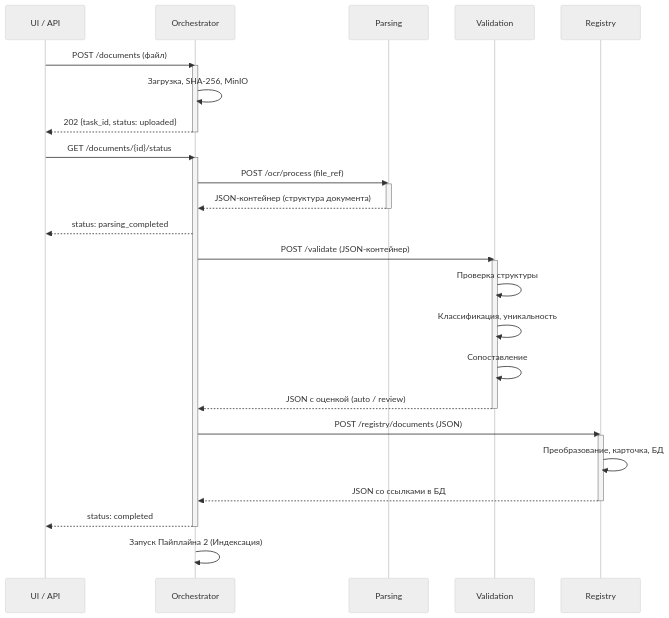
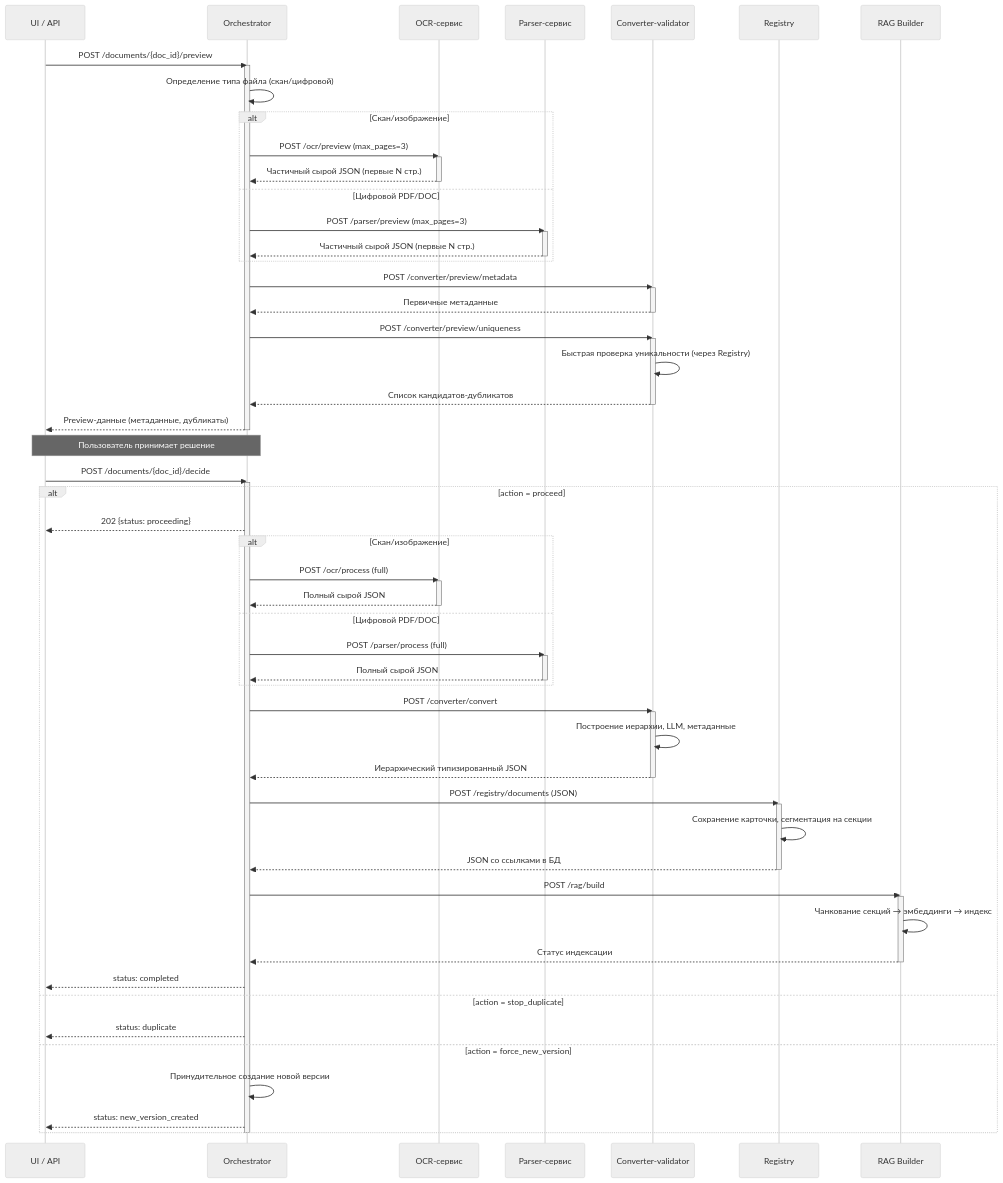
One commit to MasterKSAF/PKB changed the first of 3 diagrams in docs/pipelines/pipeline1-formation.md. Above: the diagram before and after it, drawn with Mermaid (neutral theme). The commit also changed other lines of this file and 23 other files, not shown here.

````diff
--- a/docs/pipelines/pipeline1-formation.md
+++ b/docs/pipelines/pipeline1-formation.md
@@ -6,44 +7,83 @@
 sequenceDiagram
     participant UI as UI / API
     participant Orch as Orchestrator
-    participant Pars as Parsing
-    participant Val as Validation
+    participant OCR as OCR-сервис
+    participant Pars as Parser-сервис
+    participant Conv as Converter-validator
     participant Reg as Registry
+    participant RAGb as RAG Builder
 
-    UI->>Orch: POST /documents (файл)
+    %% Фаза Preview
+    UI->>Orch: POST /documents/{doc_id}/preview
     activate Orch
-    Orch->>Orch: Загрузка, SHA-256, MinIO
-    Orch-->>UI: 202 {task_id, status: uploaded}
+    Orch->>Orch: Определение типа файла (скан/цифровой)
+    alt Скан/изображение
+        Orch->>OCR: POST /ocr/preview (max_pages=3)
+        activate OCR
+        OCR-->>Orch: Частичный сырой JSON (первые N стр.)
+        deactivate OCR
+    else Цифровой PDF/DOC
+        Orch->>Pars: POST /parser/preview (max_pages=3)
+        activate Pars
+        Pars-->>Orch: Частичный сырой JSON (первые N стр.)
+        deactivate Pars
+    end
+    Orch->>Conv: POST /converter/preview/metadata
+    activate Conv
+    Conv-->>Orch: Первичные метаданные
+    deactivate Conv
+    Orch->>Conv: POST /converter/preview/uniqueness
+    activate Conv
+    Conv->>Conv: Быстрая проверка уникальности (через Registry)
+    Conv-->>Orch: Список кандидатов-дубликатов
+    deactivate Conv
+    Orch-->>UI: Preview-данные (метаданные, дубликаты)
     deactivate Orch
 
-    UI->>Orch: GET /documents/{id}/status
+    Note over UI,Orch: Пользователь принимает решение
+
+    UI->>Orch: POST /documents/{doc_id}/decide
     activate Orch
+    alt action = proceed
+        Orch-->>UI: 202 {status: proceeding}
 
-    %% Этап 1: Parsing (изоляция от БД)
-    Orch->>Pars: POST /ocr/process (file_ref)
-    activate Pars
-    Pars-->>Orch: JSON-контейнер (структура документа)
-    deactivate Pars
-    Orch-->>UI: status: parsing_completed
+        %% Фаза Full
+        alt Скан/изображение
+            Orch->>OCR: POST /ocr/process (full)
+            activate OCR
+            OCR-->>Orch: Полный сырой JSON
+            deactivate OCR
+        else Цифровой PDF/DOC
+            Orch->>Pars: POST /parser/process (full)
+            activate Pars
+            Pars-->>Orch: Полный сырой JSON
+            deactivate Pars
+        end
 
-    %% Этап 2: Validation (читает БД)
-    Orch->>Val: POST /validate (JSON-контейнер)
-    activate Val
-    Val->>Val: Проверка структуры
-    Val->>Val: Классификация, уникальность
-    Val->>Val: Сопоставление
-    Val-->>Orch: JSON с оценкой (auto / review)
-    deactivate Val
+        Orch->>Conv: POST /converter/convert
+        activate Conv
+        Conv->>Conv: Построение иерархии, LLM, метаданные
+        Conv-->>Orch: Иерархический типизированный JSON
+        deactivate Conv
 
-    %% Этап 3: Registry (пишет БД)
-    Orch->>Reg: POST /registry/documents (JSON)
-    activate Reg
-    Reg->>Reg: Преобразование, карточка, БД
-    Reg-->>Orch: JSON со ссылками в БД
-    deactivate Reg
+        Orch->>Reg: POST /registry/documents (JSON)
+        activate Reg
+        Reg->>Reg: Сохранение карточки, сегментация на секции
+        Reg-->>Orch: JSON со ссылками в БД
+        deactivate Reg
 
-    Orch-->>UI: status: completed
+        Orch->>RAGb: POST /rag/build
+        activate RAGb
+        RAGb->>RAGb: Чанкование секций → эмбеддинги → индекс
+        RAGb-->>Orch: Статус индексации
+        deactivate RAGb
+
+        Orch-->>UI: status: completed
+    else action = stop_duplicate
+        Orch-->>UI: status: duplicate
+    else action = force_new_version
+        Orch->>Orch: Принудительное создание новой версии
+        Orch-->>UI: status: new_version_created
+    end
     deactivate Orch
-
-    Orch->>Orch: Запуск Пайплайна 2 (Индексация)
 ```
````
